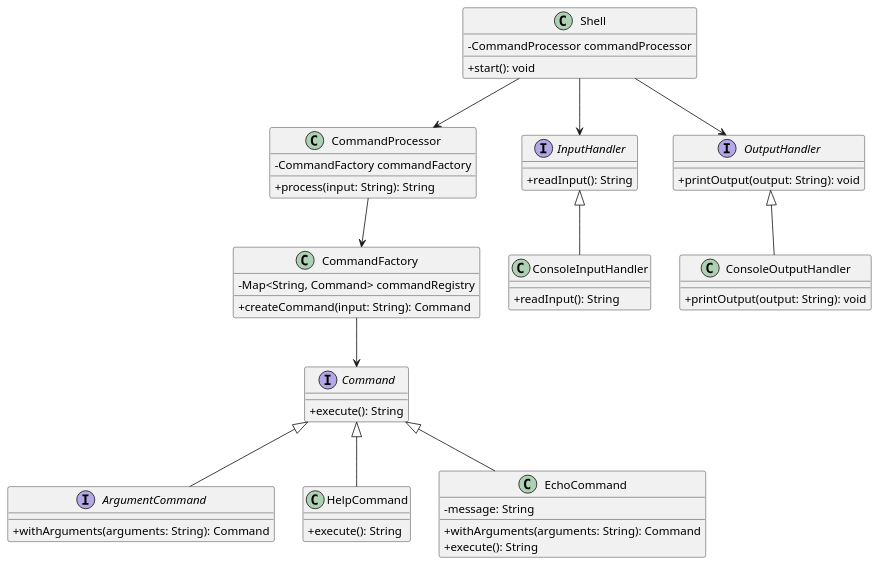
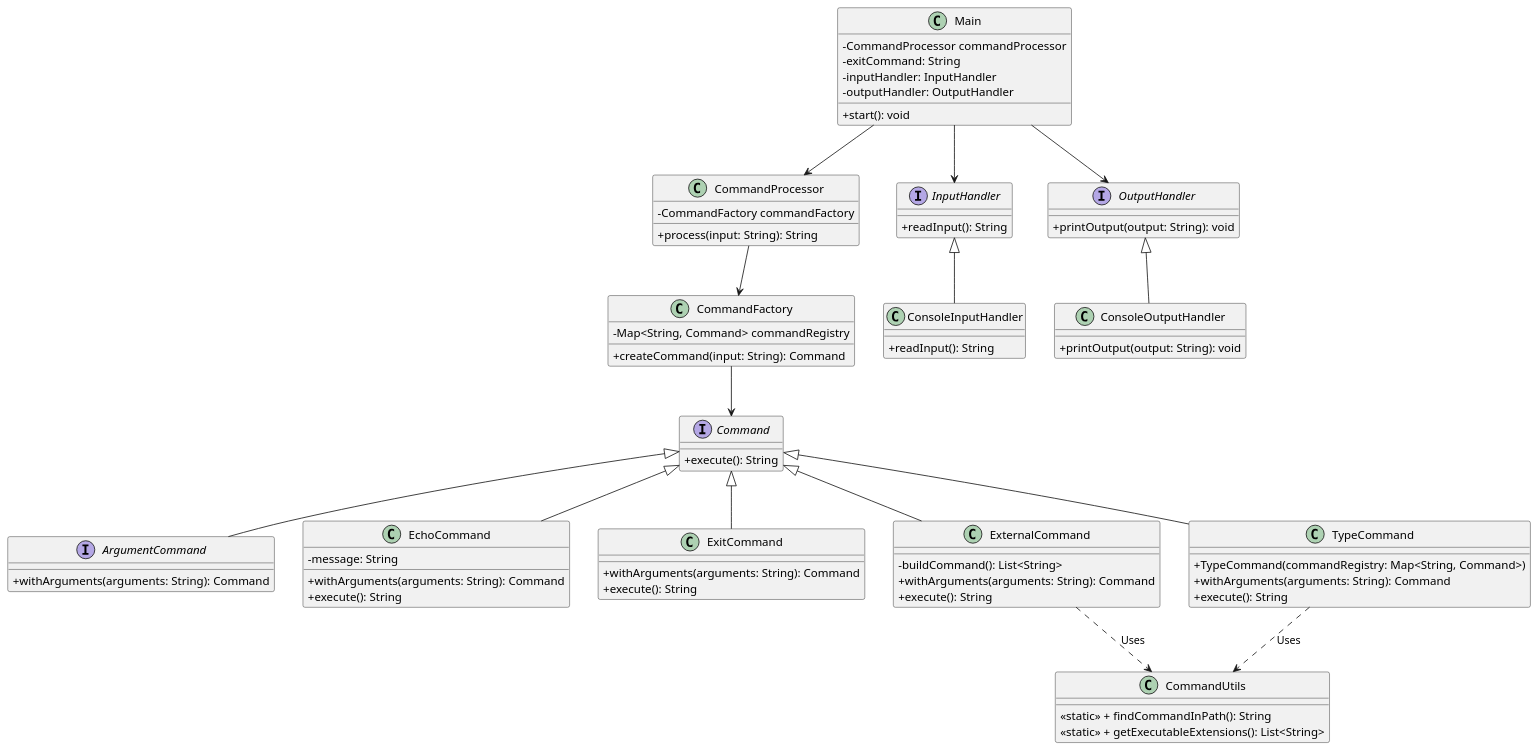
Before and after one commit to riotgage/Nimbus: the diagram in src/docs/nimbus.puml, drawn with PlantUML. The commit also changed 6 other files, not shown here.

```diff
--- a/src/docs/nimbus.puml
+++ b/src/docs/nimbus.puml
@@ -1,66 +1,92 @@
 @startuml
 skinparam classAttributeIconSize 0
 
-class Shell {
+class Main {
     - CommandProcessor commandProcessor
+    - exitCommand: String
+    - inputHandler: InputHandler
+    - outputHandler: OutputHandler
     + start(): void
 }
 
 class CommandProcessor {
     - CommandFactory commandFactory
     + process(input: String): String
 }
 
 interface Command {
     + execute(): String
 }
 
 interface ArgumentCommand {
     + withArguments(arguments: String): Command
 }
 
 Command <|-- ArgumentCommand
-Command <|-- HelpCommand
 Command <|-- EchoCommand
+Command <|-- ExitCommand
+Command <|-- ExternalCommand
+Command <|-- TypeCommand
 
-class HelpCommand {
+class EchoCommand {
+    - message: String
+    + withArguments(arguments: String): Command
     + execute(): String
 }
 
-class EchoCommand {
-    - message: String
+class ExitCommand {
+    + withArguments(arguments: String): Command
+    + execute(): String
+}
+
+class ExternalCommand {
+    - buildCommand(): List<String>
+    + withArguments(arguments: String): Command
+    + execute(): String
+}
+
+class TypeCommand {
+    + TypeCommand(commandRegistry: Map<String, Command>)
     + withArguments(arguments: String): Command
     + execute(): String
 }
 
 class CommandFactory {
     - Map<String, Command> commandRegistry
     + createCommand(input: String): Command
 }
 
 interface InputHandler {
     + readInput(): String
 }
 
 class ConsoleInputHandler {
     + readInput(): String
 }
 
 InputHandler <|-- ConsoleInputHandler
 
 interface OutputHandler {
     + printOutput(output: String): void
 }
 
 class ConsoleOutputHandler {
     + printOutput(output: String): void
 }
 
 OutputHandler <|-- ConsoleOutputHandler
 
-Shell --> CommandProcessor
+class CommandUtils {
+    <<static>> + findCommandInPath(): String
+    <<static>> + getExecutableExtensions(): List<String>
+}
+
+TypeCommand ..> CommandUtils : Uses
+ExternalCommand ..> CommandUtils : Uses
+
+Main --> CommandProcessor
 CommandProcessor --> CommandFactory
 CommandFactory --> Command
-Shell --> InputHandler
-Shell --> OutputHandler
+Main --> InputHandler
+Main --> OutputHandler
 @enduml
```
